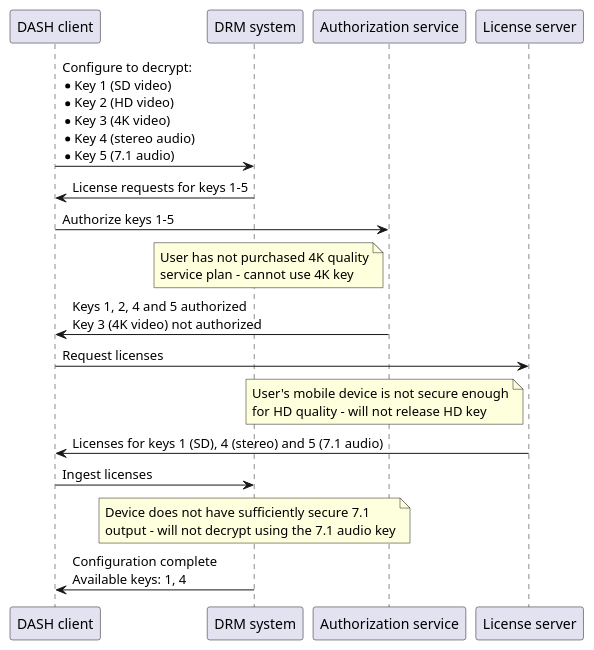
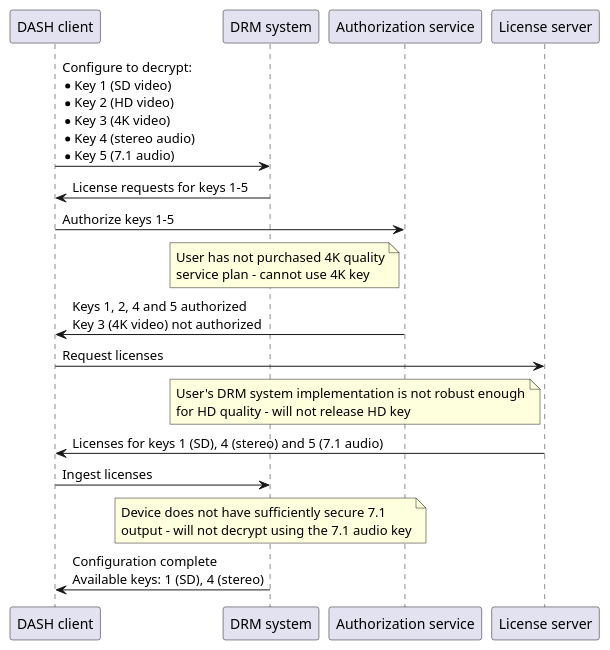
One commit to Dash-Industry-Forum/DASH-IF-IOP changed the diagram in Diagrams/Security/ReductionOfKeys.wsd. Above: the diagram before and after it, drawn with PlantUML. The commit also changed 1 other file, not shown here.

```diff
--- a/Diagrams/Security/ReductionOfKeys.wsd
+++ b/Diagrams/Security/ReductionOfKeys.wsd
@@ -1,23 +1,23 @@
 @startuml
 
 participant "DASH client" as Client
 participant "DRM system" as DRM
 participant "Authorization service" as Authz
 participant "License server" as LS
 
 Client -> DRM : Configure to decrypt:\n* Key 1 (SD video)\n* Key 2 (HD video)\n* Key 3 (4K video)\n* Key 4 (stereo audio)\n* Key 5 (7.1 audio)
 DRM -> Client : License requests for keys 1-5
 
 Client -> Authz : Authorize keys 1-5
 note left of Authz: User has not purchased 4K quality\nservice plan - cannot use 4K key
 Authz -> Client : Keys 1, 2, 4 and 5 authorized\nKey 3 (4K video) not authorized
 
 Client -> LS : Request licenses
-note left of LS: User's mobile device is not secure enough\nfor HD quality - will not release HD key
+note left of LS: User's DRM system implementation is not robust enough\nfor HD quality - will not release HD key
 LS -> Client : Licenses for keys 1 (SD), 4 (stereo) and 5 (7.1 audio)
 
 Client -> DRM : Ingest licenses
 note over DRM: Device does not have sufficiently secure 7.1\noutput - will not decrypt using the 7.1 audio key
-DRM -> Client: Configuration complete\nAvailable keys: 1, 4
+DRM -> Client: Configuration complete\nAvailable keys: 1 (SD), 4 (stereo)
 
 @enduml
```
